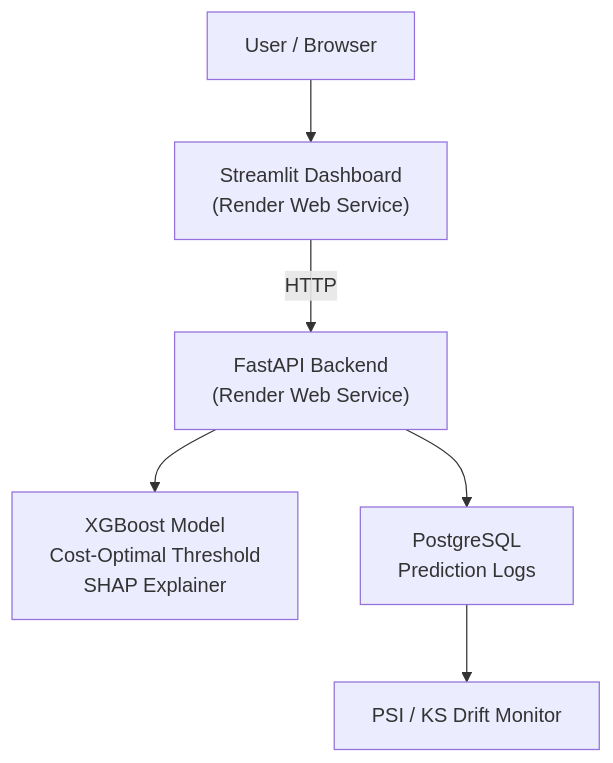
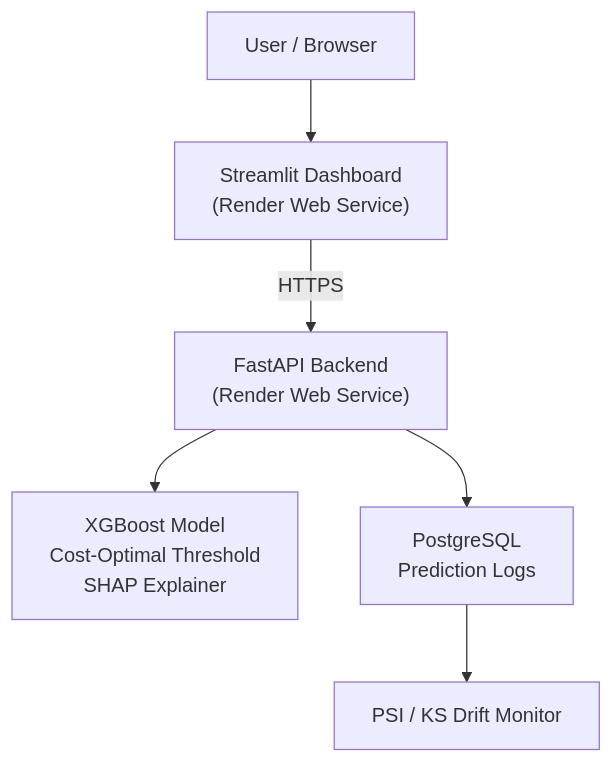
One commit to S-Kamath-01/fraud-detection-cost-optimal changed the diagram in README.md. Above: the diagram before and after it, drawn with Mermaid.

````diff
--- a/README.md
+++ b/README.md
@@ -99,23 +99,23 @@
 ```mermaid
 flowchart TD
 
     U["User / Browser"]
 
     S["Streamlit Dashboard<br/>(Render Web Service)"]
 
     F["FastAPI Backend<br/>(Render Web Service)"]
 
     M["XGBoost Model<br/>Cost-Optimal Threshold<br/>SHAP Explainer"]
 
     DB["PostgreSQL<br/>Prediction Logs"]
 
     D["PSI / KS Drift Monitor"]
 
     U --> S
-    S -->|HTTP| F
+    S -->|HTTPS| F
 
     F --> M
     F --> DB
 
     DB --> D
 ```
````
